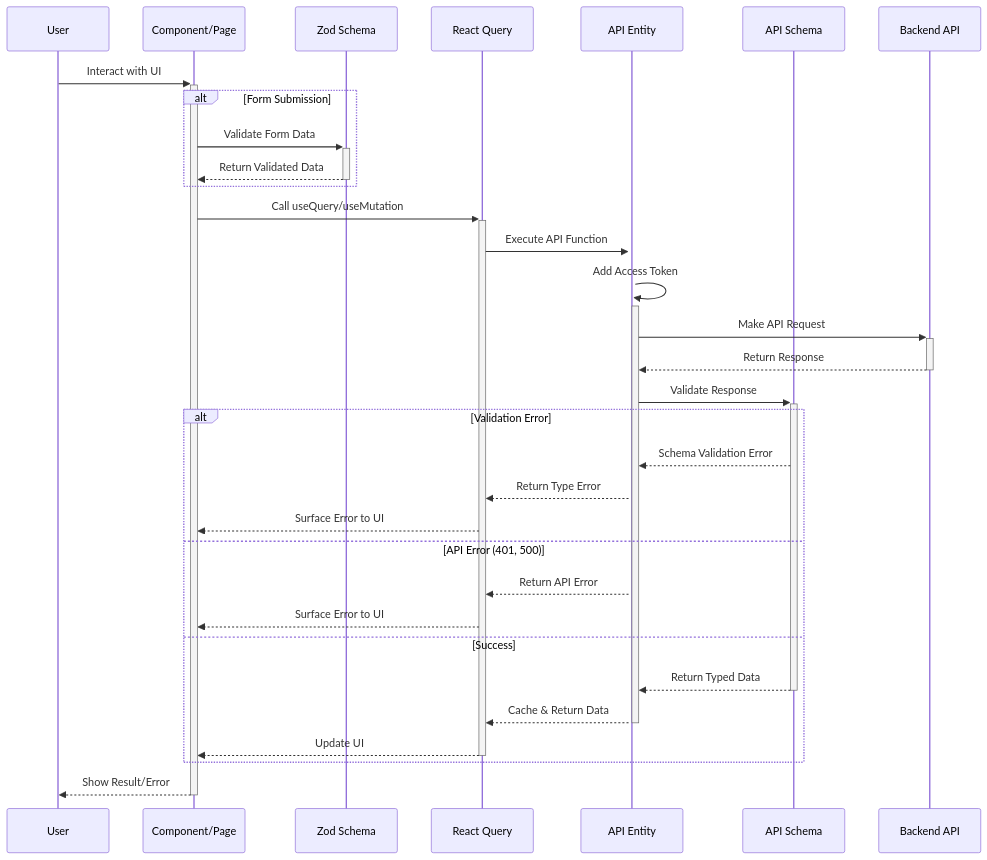
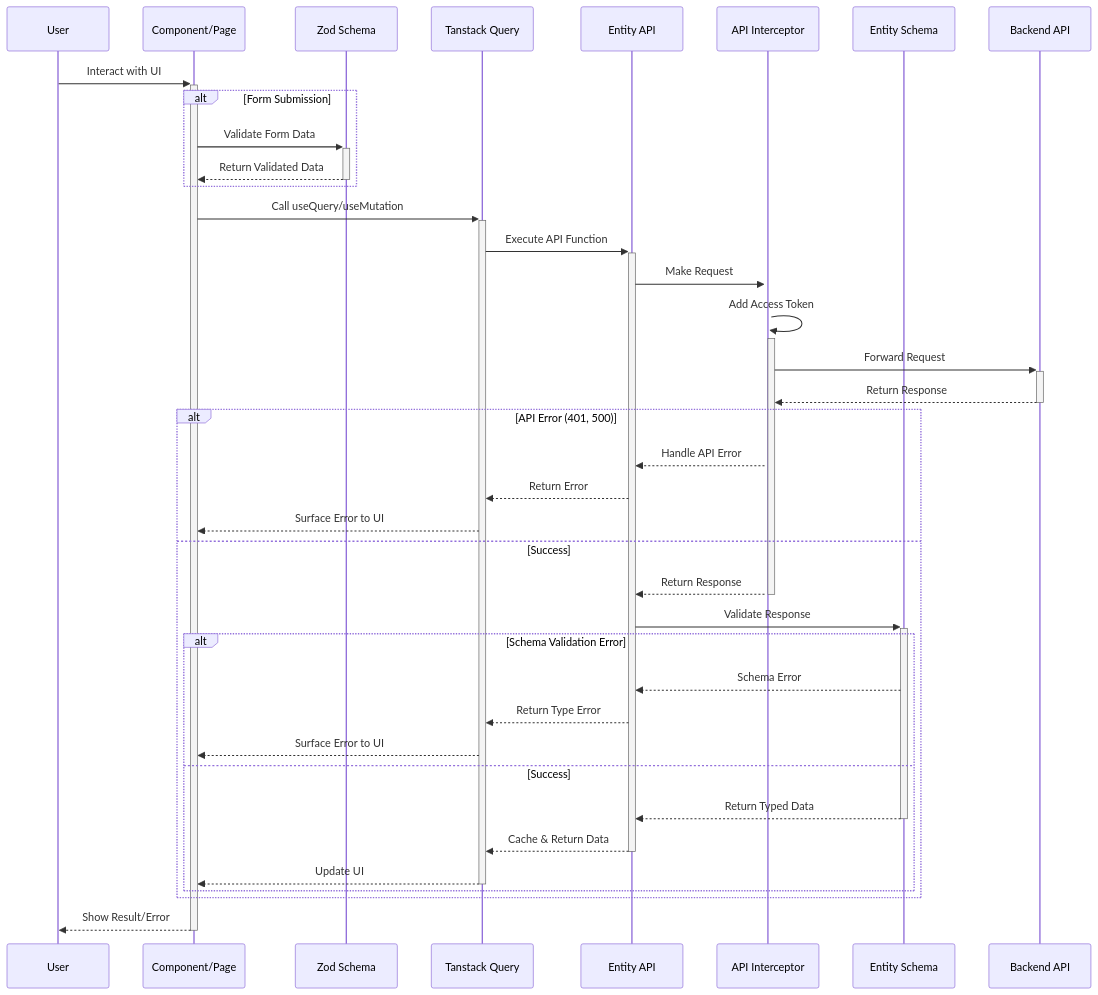
Before and after one commit to danielsarkwa/zello-react-app: the second of 2 diagrams in README.md, drawn with Mermaid. The commit also changed 17 other files, not shown here.

````diff
--- a/README.md
+++ b/README.md
@@ -60,44 +60,51 @@
 ```mermaid
 sequenceDiagram
     participant U as User
     participant C as Component/Page
     participant Z as Zod Schema
-    participant Q as React Query
-    participant A as API Entity
-    participant S as API Schema
+    participant Q as Tanstack Query
+    participant A as Entity API
+    participant I as API Interceptor
+    participant S as Entity Schema
     participant B as Backend API
 
     U->>+C: Interact with UI
     
     alt Form Submission
         C->>+Z: Validate Form Data
         Z-->>-C: Return Validated Data
     end
 
     C->>+Q: Call useQuery/useMutation
     
     Q->>+A: Execute API Function
     
-    A->>+A: Add Access Token
+    A->>+I: Make Request
     
-    A->>+B: Make API Request
+    I->>+I: Add Access Token
     
-    B-->>-A: Return Response
+    I->>+B: Forward Request
     
-    A->>+S: Validate Response
+    B-->>-I: Return Response
     
-    alt Validation Error
-        S-->>A: Schema Validation Error
-        A-->>Q: Return Type Error
-        Q-->>C: Surface Error to UI
-    else API Error (401, 500)
-        A-->>Q: Return API Error
+    alt API Error (401, 500)
+        I-->>A: Handle API Error
+        A-->>Q: Return Error
         Q-->>C: Surface Error to UI
     else Success
-        S-->>-A: Return Typed Data
-        A-->>-Q: Cache & Return Data
-        Q-->>-C: Update UI
+        I-->>-A: Return Response
+        
+        A->>+S: Validate Response
+        alt Schema Validation Error
+            S-->>A: Schema Error
+            A-->>Q: Return Type Error
+            Q-->>C: Surface Error to UI
+        else Success
+            S-->>-A: Return Typed Data
+            A-->>-Q: Cache & Return Data
+            Q-->>-C: Update UI
+        end
     end
     
     C-->>-U: Show Result/Error
 ```
````
